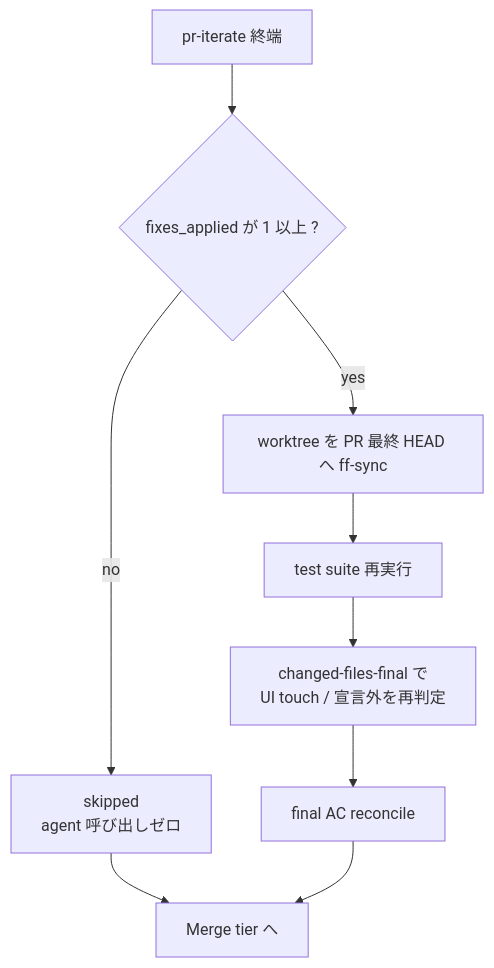
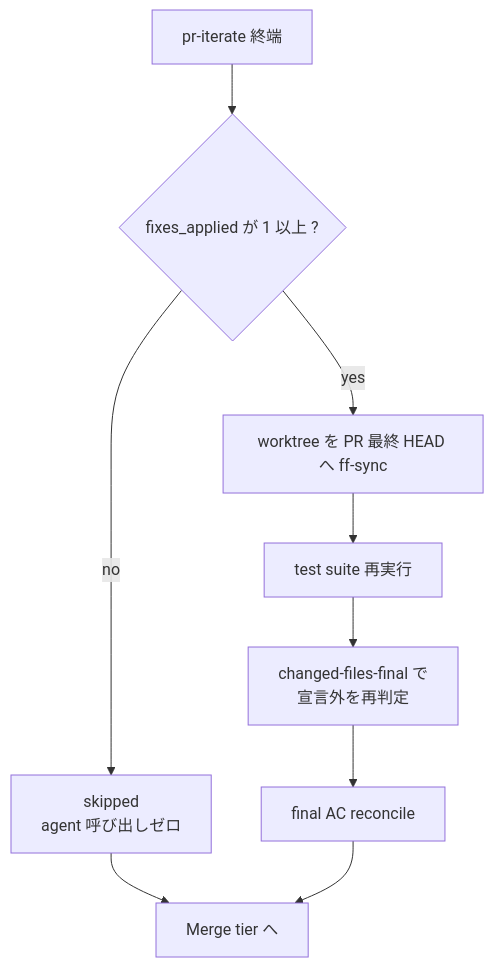
Before and after one commit to it-all-playpark/skills: the ninth of 13 diagrams in docs/dev-flow-atlas.md, drawn with Mermaid. The commit also changed other lines of this file and 36 other files, not shown here.

First line of the commit message:
refactor(dev-flow): ui-verify を撤去する — 実績 0 件、UI 確認は repo のテストと CI に任せる (#886) (#887)

````diff
--- a/docs/dev-flow-atlas.md
+++ b/docs/dev-flow-atlas.md
@@ -232,11 +231,11 @@
 ```mermaid
 flowchart TD
     IN["pr-iterate 終端"] --> F0{"fixes_applied が 1 以上 ?"}
     F0 -->|no| FSKIP["skipped<br/>agent 呼び出しゼロ"]
     F0 -->|yes| F1["worktree を PR 最終 HEAD へ ff-sync"]
     F1 --> F2["test suite 再実行"]
-    F2 --> F3["changed-files-final で<br/>UI touch / 宣言外を再判定"]
+    F2 --> F3["changed-files-final で<br/>宣言外を再判定"]
     F3 --> F4["final AC reconcile"]
     FSKIP --> OUT["Merge tier へ"]
     F4 --> OUT
 ```
````
